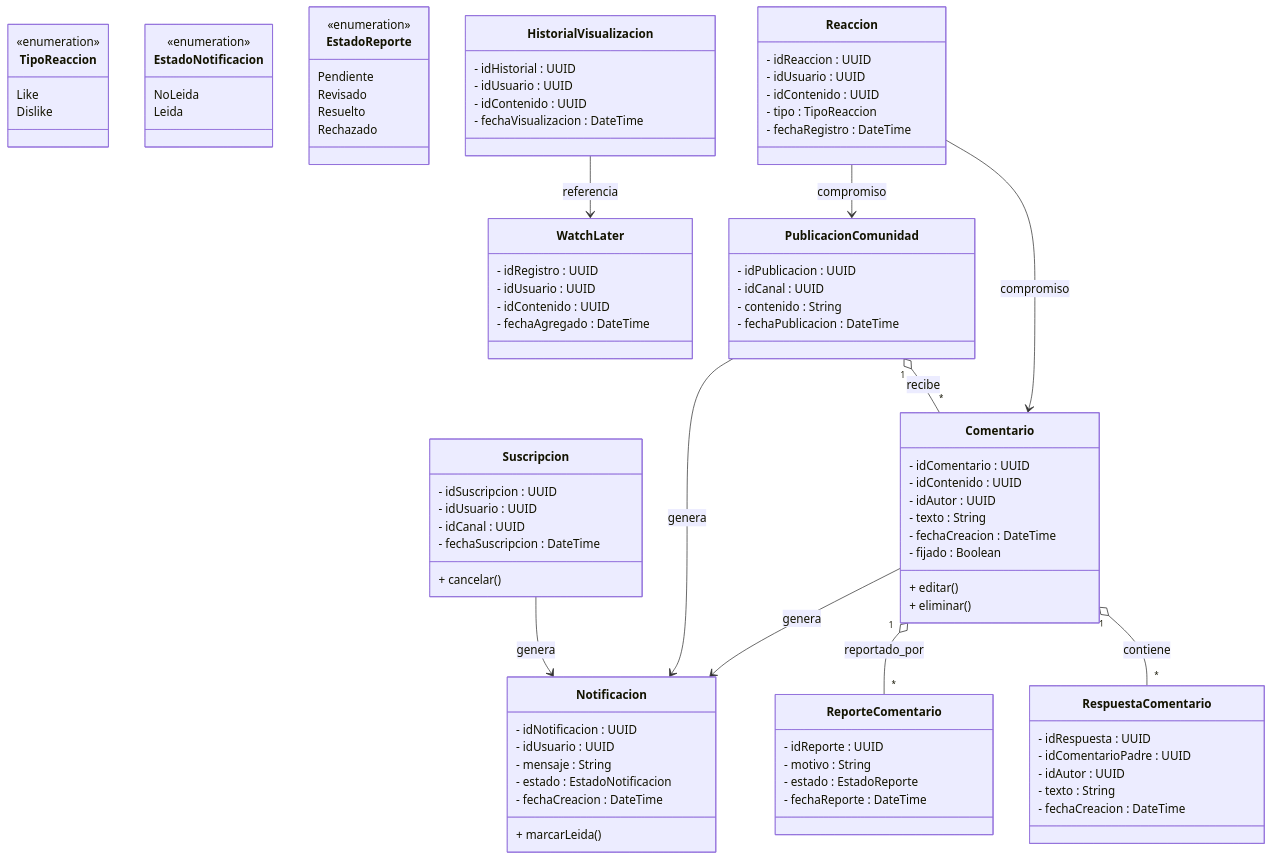
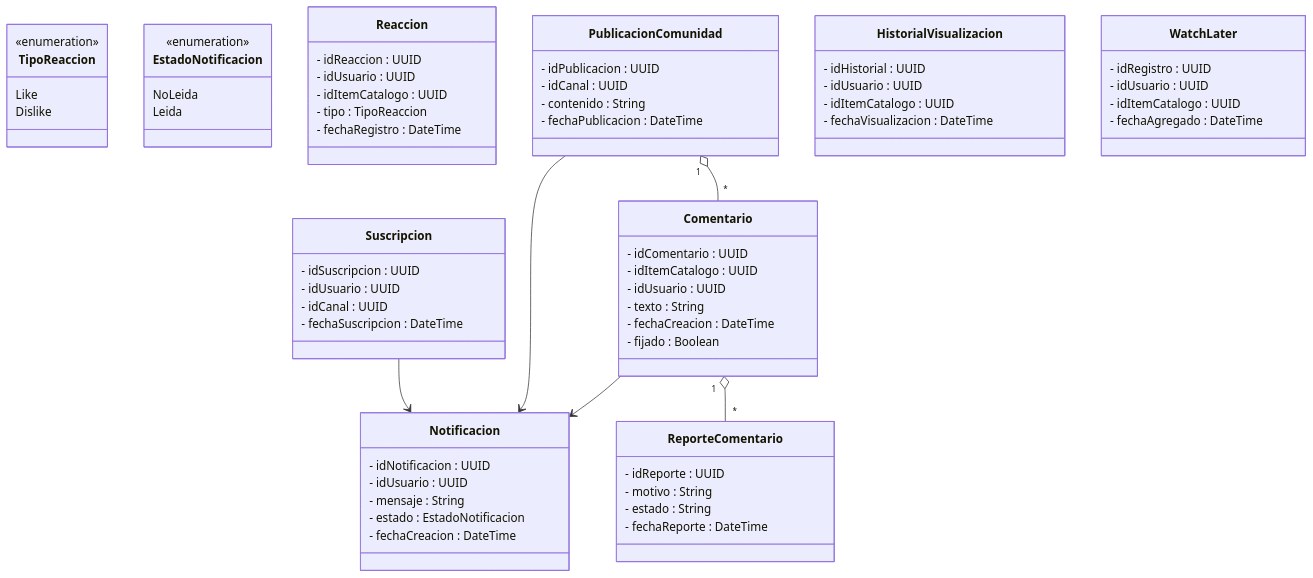
One commit to Wheaor/OpenAPI---Youtube changed the first of 2 diagrams in bounded-contexts-4-audiencia/README.md. Above: the diagram before and after it, drawn with Mermaid. The commit also changed other lines of this file, not shown here.

````diff
--- a/bounded-contexts-4-audiencia/README.md
+++ b/bounded-contexts-4-audiencia/README.md
@@ -28,7 +28,6 @@
 classDiagram
     direction TB
 
-    %% --- ENUMERACIONES ---
     class TipoReaccion {
         <<enumeration>>
         Like
@@ -41,60 +40,37 @@
         Leida
     }
 
-    class EstadoReporte {
-        <<enumeration>>
-        Pendiente
-        Revisado
-        Resuelto
-        Rechazado
-    }
-
-    %% --- DOMINIO DE SUSCRIPCIONES ---
     class Suscripcion {
         - idSuscripcion : UUID
         - idUsuario : UUID
         - idCanal : UUID
         - fechaSuscripcion : DateTime
-        + cancelar()
     }
 
-    %% --- DOMINIO DE REACCIONES ---
     class Reaccion {
         - idReaccion : UUID
         - idUsuario : UUID
-        - idContenido : UUID
+        - idItemCatalogo : UUID
         - tipo : TipoReaccion
         - fechaRegistro : DateTime
     }
 
-    %% --- DOMINIO DE COMENTARIOS ---
     class Comentario {
         - idComentario : UUID
-        - idContenido : UUID
-        - idAutor : UUID
+        - idItemCatalogo : UUID
+        - idUsuario : UUID
         - texto : String
         - fechaCreacion : DateTime
         - fijado : Boolean
-        + editar()
-        + eliminar()
-    }
-
-    class RespuestaComentario {
-        - idRespuesta : UUID
-        - idComentarioPadre : UUID
-        - idAutor : UUID
-        - texto : String
-        - fechaCreacion : DateTime
     }
 
     class ReporteComentario {
         - idReporte : UUID
         - motivo : String
-        - estado : EstadoReporte
+        - estado : String
         - fechaReporte : DateTime
     }
 
-    %% --- DOMINIO DE COMUNIDAD ---
     class PublicacionComunidad {
         - idPublicacion : UUID
         - idCanal : UUID
@@ -102,47 +78,31 @@
         - fechaPublicacion : DateTime
     }
 
-    %% --- DOMINIO DE NOTIFICACIONES ---
     class Notificacion {
         - idNotificacion : UUID
         - idUsuario : UUID
         - mensaje : String
         - estado : EstadoNotificacion
         - fechaCreacion : DateTime
-        + marcarLeida()
     }
 
-    %% --- DOMINIO DE HISTORIAL ---
     class HistorialVisualizacion {
         - idHistorial : UUID
         - idUsuario : UUID
-        - idContenido : UUID
+        - idItemCatalogo : UUID
         - fechaVisualizacion : DateTime
     }
 
     class WatchLater {
         - idRegistro : UUID
         - idUsuario : UUID
-        - idContenido : UUID
+        - idItemCatalogo : UUID
         - fechaAgregado : DateTime
     }
 
-    %% --- RELACIONES ---
-    Comentario "1" o-- "*" RespuestaComentario : contiene
-
-    Comentario "1" o-- "*" ReporteComentario : reportado_por
-
-    PublicacionComunidad "1" o-- "*" Comentario : recibe
-
-    Suscripcion --> Notificacion : genera
-
-    Reaccion --> Comentario : compromiso
-
-    Reaccion --> PublicacionComunidad : compromiso
-
-    HistorialVisualizacion --> WatchLater : referencia
-
-    Comentario --> Notificacion : genera
-
-    PublicacionComunidad --> Notificacion : genera
+    Comentario "1" o-- "*" ReporteComentario
+    PublicacionComunidad "1" o-- "*" Comentario
+    Suscripcion --> Notificacion
+    Comentario --> Notificacion
+    PublicacionComunidad --> Notificacion
 ```
````
